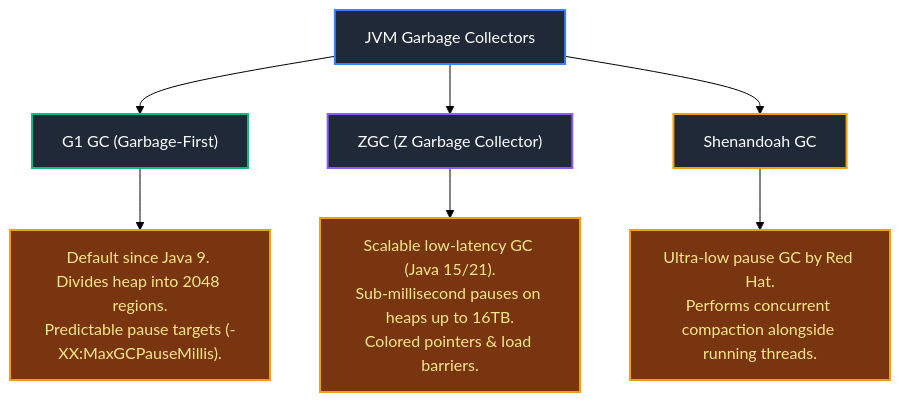
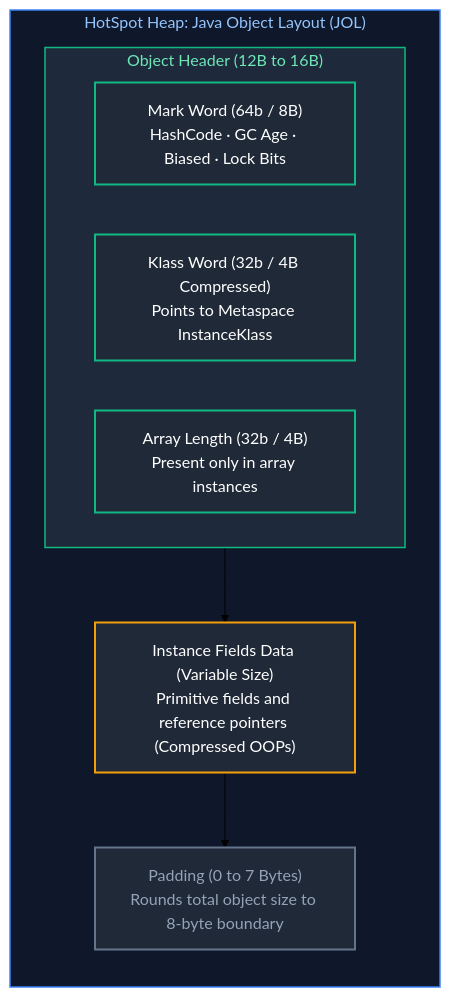
Before and after one commit to joydeep-biswas/Interview-Preparation: the fourth of 11 diagrams in Java Backend Engineering/05_jvm_memory_io_reflection_runtime.md, drawn with Mermaid (forest theme). The commit also changed other lines of this file and 143 other files, not shown here.

````diff
--- a/Java Backend Engineering/05_jvm_memory_io_reflection_runtime.md
+++ b/Java Backend Engineering/05_jvm_memory_io_reflection_runtime.md
@@ -265,18 +376,23 @@
 ```mermaid
 flowchart TD
-    GCs["JVM Garbage Collectors"] --> G1["G1 GC (Garbage-First)"]
-    GCs --> ZGC["ZGC (Z Garbage Collector)"]
-    GCs --> Shenandoah["Shenandoah GC"]
+    subgraph ObjectLayout ["HotSpot Heap: Java Object Layout (JOL)"]
+        direction TB
+        subgraph Header ["Object Header (12B to 16B)"]
+            direction LR
+            MW["Mark Word (64b / 8B)<br/>HashCode · GC Age · Biased · Lock Bits"]
+            KW["Klass Word (32b / 4B Compressed)<br/>Points to Metaspace InstanceKlass"]
+            AL["Array Length (32b / 4B)<br/>Present only in array instances"]
+        end
+        ID["Instance Fields Data (Variable Size)<br/>Primitive fields and reference pointers (Compressed OOPs)"]
+        PAD["Padding (0 to 7 Bytes)<br/>Rounds total object size to 8-byte boundary"]
+        Header --> ID --> PAD
+    end
 
-    G1 --> G1Desc["Default since Java 9. Divides heap into 2048 regions.<br/>Predictable pause targets (-XX:MaxGCPauseMillis)."]
-    ZGC --> ZGCDesc["Scalable low-latency GC (Java 15/21).<br/>Sub-millisecond pauses on heaps up to 16TB.<br/>Colored pointers & load barriers."]
-    Shenandoah --> ShenDesc["Ultra-low pause GC by Red Hat.<br/>Performs concurrent compaction alongside running threads."]
-
-    style GCs fill:#1f2937,stroke:#3b82f6,stroke-width:2px,color:#fff
-    style G1 fill:#1f2937,stroke:#10b981,stroke-width:2px,color:#fff
-    style ZGC fill:#1f2937,stroke:#8b5cf6,stroke-width:2px,color:#fff
-    style Shenandoah fill:#1f2937,stroke:#f59e0b,stroke-width:2px,color:#fff
-    style G1Desc fill:#78350f,stroke:#f59e0b,stroke-width:2px,color:#fde68a
-    style ZGCDesc fill:#78350f,stroke:#f59e0b,stroke-width:2px,color:#fde68a
-    style ShenDesc fill:#78350f,stroke:#f59e0b,stroke-width:2px,color:#fde68a
+    style ObjectLayout fill:#0f172a,stroke:#3b82f6,stroke-width:1.5px,color:#93c5fd
+    style Header fill:#1e293b,stroke:#10b981,stroke-width:1.5px,color:#6ee7b7
+    style MW fill:#1f2937,stroke:#10b981,stroke-width:2px,color:#fff
+    style KW fill:#1f2937,stroke:#10b981,stroke-width:2px,color:#fff
+    style AL fill:#1f2937,stroke:#10b981,stroke-width:2px,color:#fff
+    style ID fill:#1f2937,stroke:#f59e0b,stroke-width:2px,color:#fff
+    style PAD fill:#1f2937,stroke:#64748b,stroke-width:2px,color:#94a3b8
 ```
````
